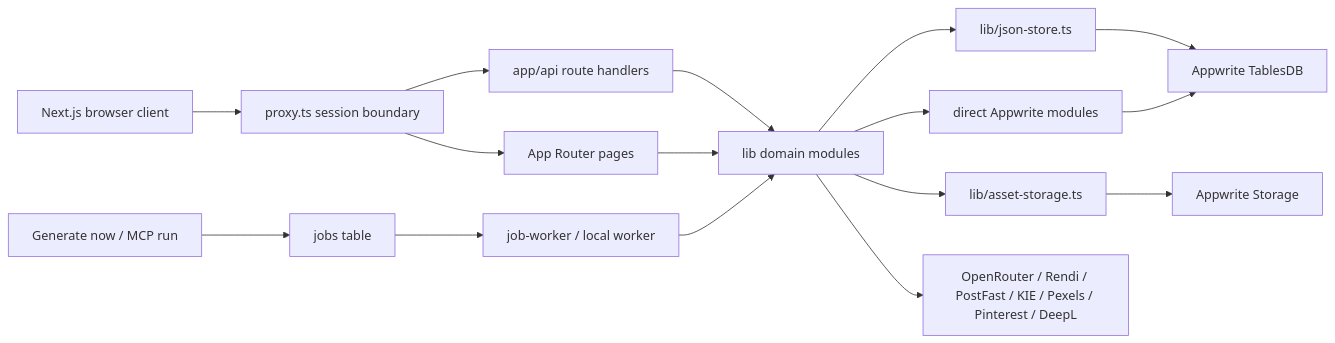
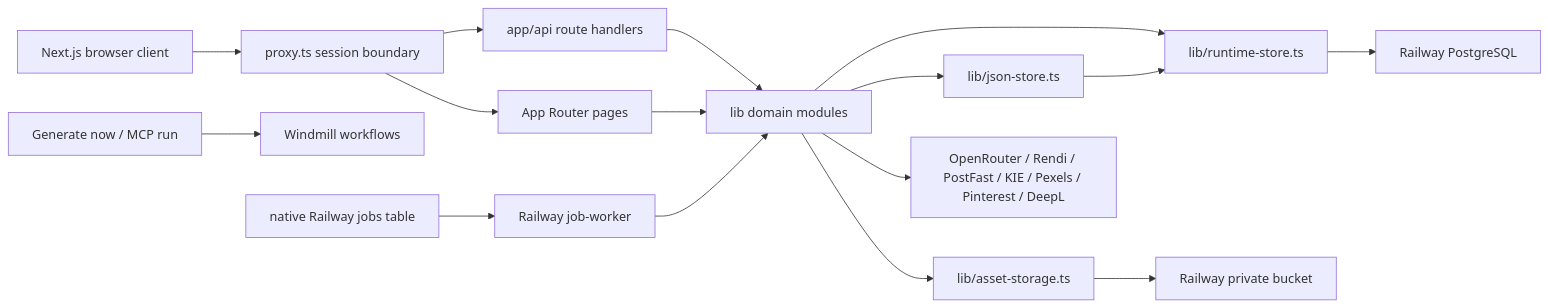
One commit to xk1234/cfarm changed the first of 2 diagrams in docs/data/backend-architecture.md. Above: the diagram before and after it, drawn with Mermaid. The commit also changed other lines of this file and 226 other files, not shown here.

````diff
--- a/docs/data/backend-architecture.md
+++ b/docs/data/backend-architecture.md
@@ -16,21 +16,21 @@
 ```mermaid
 flowchart LR
     Browser["Next.js browser client"] --> Proxy["proxy.ts session boundary"]
     Proxy --> Pages["App Router pages"]
     Proxy --> Routes["app/api route handlers"]
 
     Routes --> Domain["lib domain modules"]
     Pages --> Domain
-    ManualRun["Generate now / MCP run"] --> Jobs["jobs table"]
-    Jobs --> Worker["job-worker / local worker"]
+    ManualRun["Generate now / MCP run"] --> Windmill["Windmill workflows"]
+    Jobs["native Railway jobs table"] --> Worker["Railway job-worker"]
     Worker --> Domain
 
     Domain --> JsonStore["lib/json-store.ts"]
-    Domain --> DirectStores["direct Appwrite modules"]
-    JsonStore --> Tables["Appwrite TablesDB"]
-    DirectStores --> Tables
+    Domain --> RuntimeStore["lib/runtime-store.ts"]
+    JsonStore --> RuntimeStore
+    RuntimeStore --> Tables["Railway PostgreSQL"]
     Domain --> Assets["lib/asset-storage.ts"]
-    Assets --> Storage["Appwrite Storage"]
+    Assets --> Storage["Railway private bucket"]
 
     Domain --> Providers["OpenRouter / Rendi / PostFast / KIE / Pexels / Pinterest / DeepL"]
 ```
````
